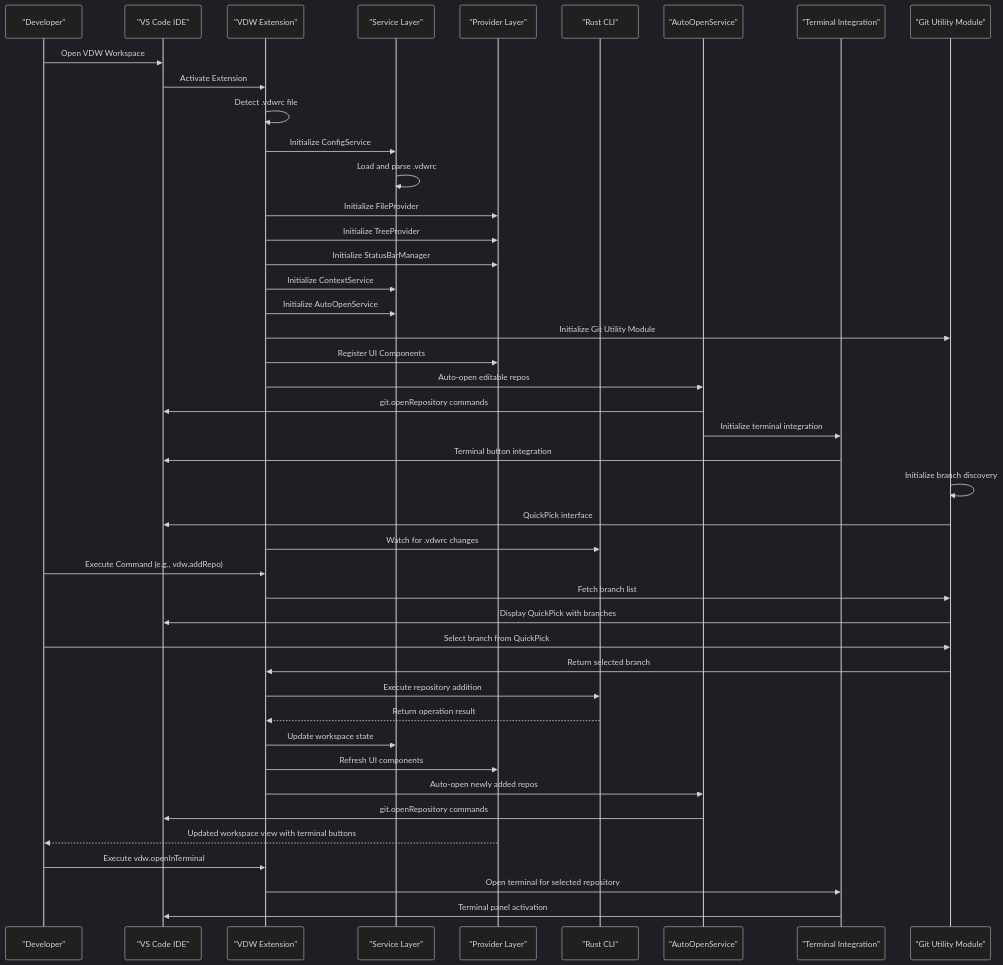
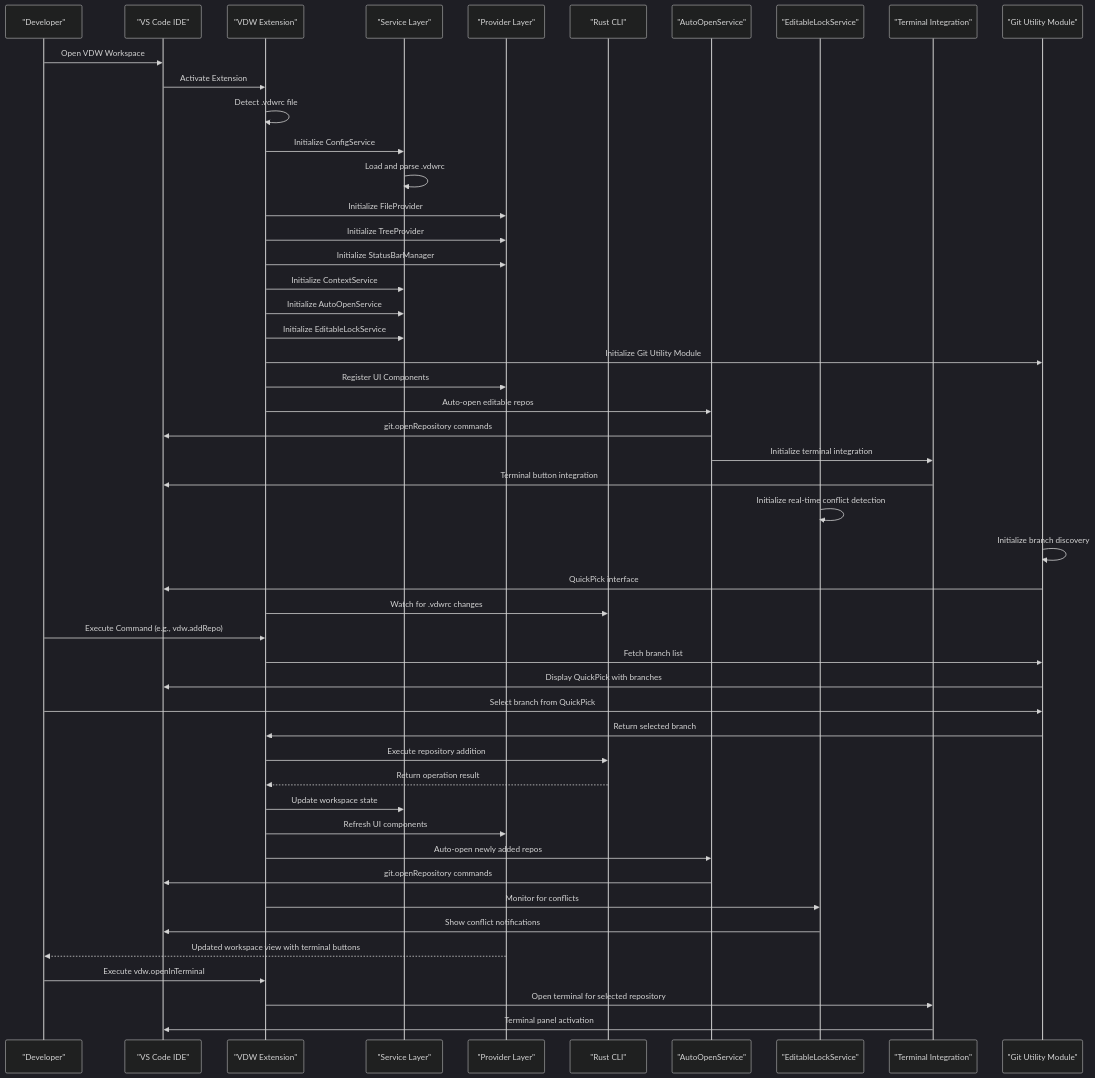
The second of 6 diagrams in .qoder/repowiki/en/content/Core Features Documentation/VS Code Plugin Bridge & IDE Integration.md (HWH-2019/vdw), drawn with Mermaid (dark theme) before and after one commit. The commit also changed other lines of this file and 6 other files, not shown here.

````diff
--- a/.qoder/repowiki/en/content/Core Features Documentation/VS Code Plugin Bridge & IDE Integration.md
+++ b/.qoder/repowiki/en/content/Core Features Documentation/VS Code Plugin Bridge & IDE Integration.md
@@ -230,46 +240,51 @@
 ```mermaid
 sequenceDiagram
 participant User as "Developer"
 participant VSCode as "VS Code IDE"
 participant Extension as "VDW Extension"
 participant Services as "Service Layer"
 participant Providers as "Provider Layer"
 participant CLI as "Rust CLI"
 participant AutoOpen as "AutoOpenService"
+participant EditableLock as "EditableLockService"
 participant Terminal as "Terminal Integration"
 participant GitUtil as "Git Utility Module"
 User->>VSCode : Open VDW Workspace
 VSCode->>Extension : Activate Extension
 Extension->>Extension : Detect .vdwrc file
 Extension->>Services : Initialize ConfigService
 Services->>Services : Load and parse .vdwrc
 Extension->>Providers : Initialize FileProvider
 Extension->>Providers : Initialize TreeProvider
 Extension->>Providers : Initialize StatusBarManager
 Extension->>Services : Initialize ContextService
 Extension->>Services : Initialize AutoOpenService
+Extension->>Services : Initialize EditableLockService
 Extension->>GitUtil : Initialize Git Utility Module
 Extension->>Providers : Register UI Components
 Extension->>AutoOpen : Auto-open editable repos
 AutoOpen->>VSCode : git.openRepository commands
 AutoOpen->>Terminal : Initialize terminal integration
 Terminal->>VSCode : Terminal button integration
+EditableLock->>EditableLock : Initialize real-time conflict detection
 GitUtil->>GitUtil : Initialize branch discovery
 GitUtil->>VSCode : QuickPick interface
 Extension->>CLI : Watch for .vdwrc changes
 User->>Extension : Execute Command (e.g., vdw.addRepo)
 Extension->>GitUtil : Fetch branch list
 GitUtil->>VSCode : Display QuickPick with branches
 User->>GitUtil : Select branch from QuickPick
 GitUtil->>Extension : Return selected branch
 Extension->>CLI : Execute repository addition
 CLI-->>Extension : Return operation result
 Extension->>Services : Update workspace state
 Extension->>Providers : Refresh UI components
 Extension->>AutoOpen : Auto-open newly added repos
 AutoOpen->>VSCode : git.openRepository commands
+Extension->>EditableLock : Monitor for conflicts
+EditableLock->>VSCode : Show conflict notifications
 Providers-->>User : Updated workspace view with terminal buttons
 User->>Extension : Execute vdw.openInTerminal
 Extension->>Terminal : Open terminal for selected repository
 Terminal->>VSCode : Terminal panel activation
 ```
````
